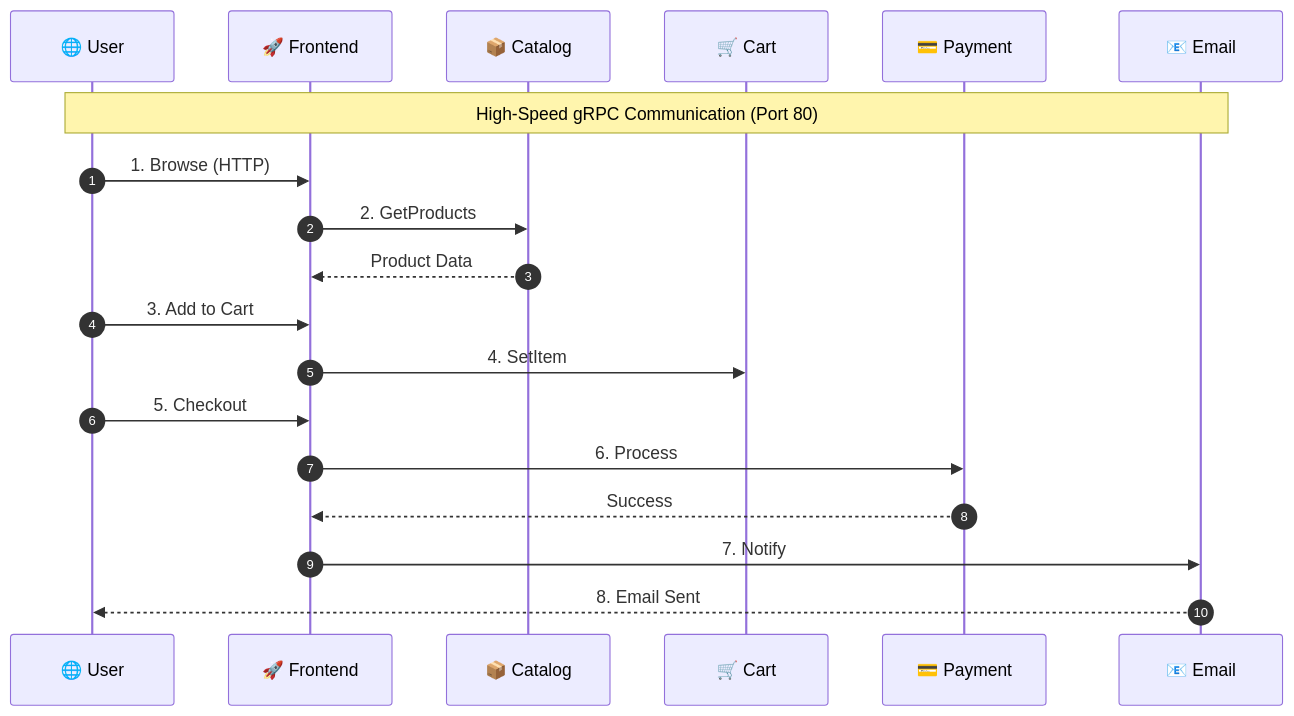
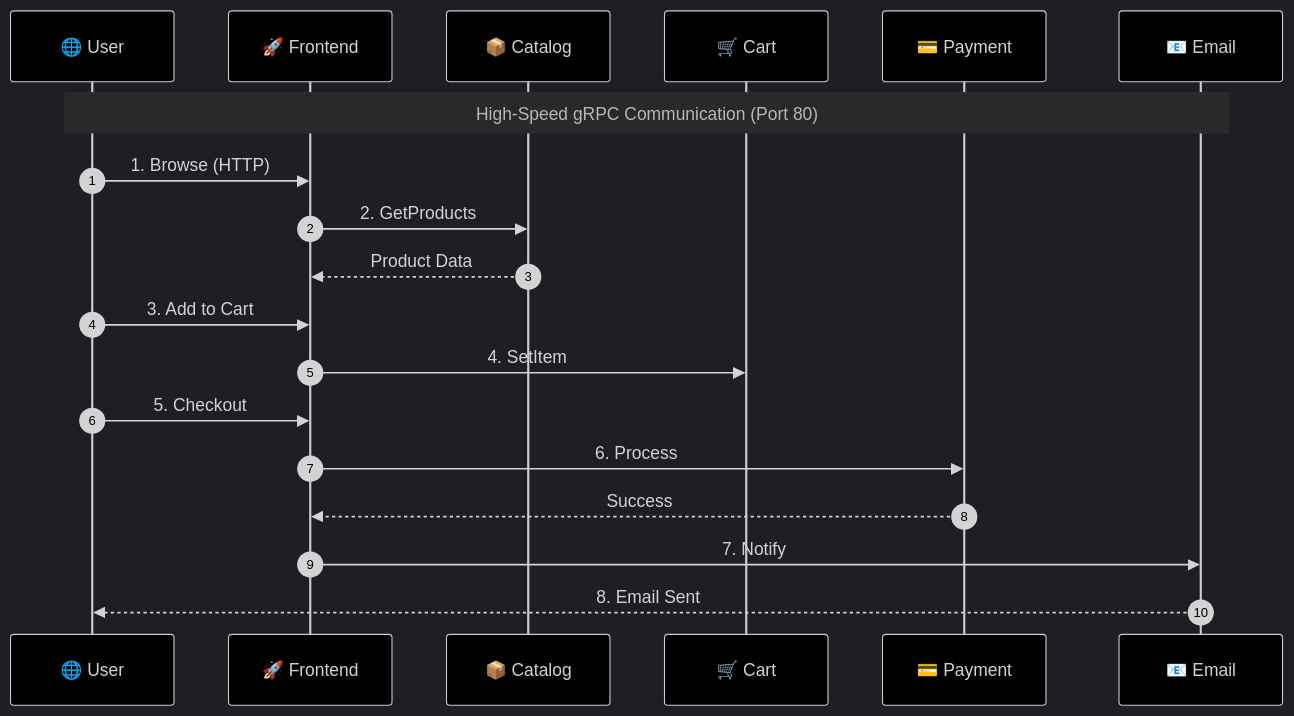
Before and after one commit to rakeshkolipakaace/Microservices-e-commerce: the first of 2 diagrams in README.md, drawn with Mermaid. The commit also changed other lines of this file, not shown here.

Commit message:
DOCS: True Black background for diagrams

````diff
--- a/README.md
+++ b/README.md
@@ -17,22 +14,23 @@
 ```mermaid
+%%{init: {'theme': 'dark', 'themeVariables': { 'darkMode': true, 'background': '#000000', 'mainBkg': '#000000' }}}%%
 sequenceDiagram
     autonumber
     participant U as 🌐 User
     participant F as 🚀 Frontend
     participant C as 📦 Catalog
     participant K as 🛒 Cart
     participant P as 💳 Payment
     participant E as 📧 Email
 
     Note over U,E: High-Speed gRPC Communication (Port 80)
     U->>F: 1. Browse (HTTP)
     F->>C: 2. GetProducts
     C-->>F: Product Data
     U->>F: 3. Add to Cart
     F->>K: 4. SetItem
     U->>F: 5. Checkout
     F->>P: 6. Process
     P-->>F: Success
     F->>E: 7. Notify
     E-->>U: 8. Email Sent
 ```
````
